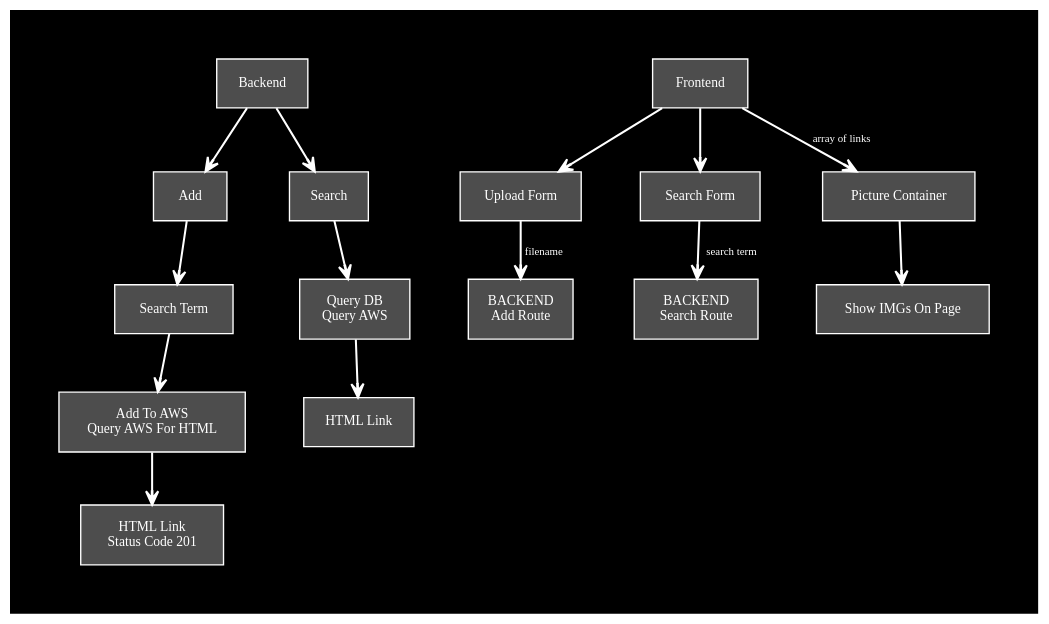
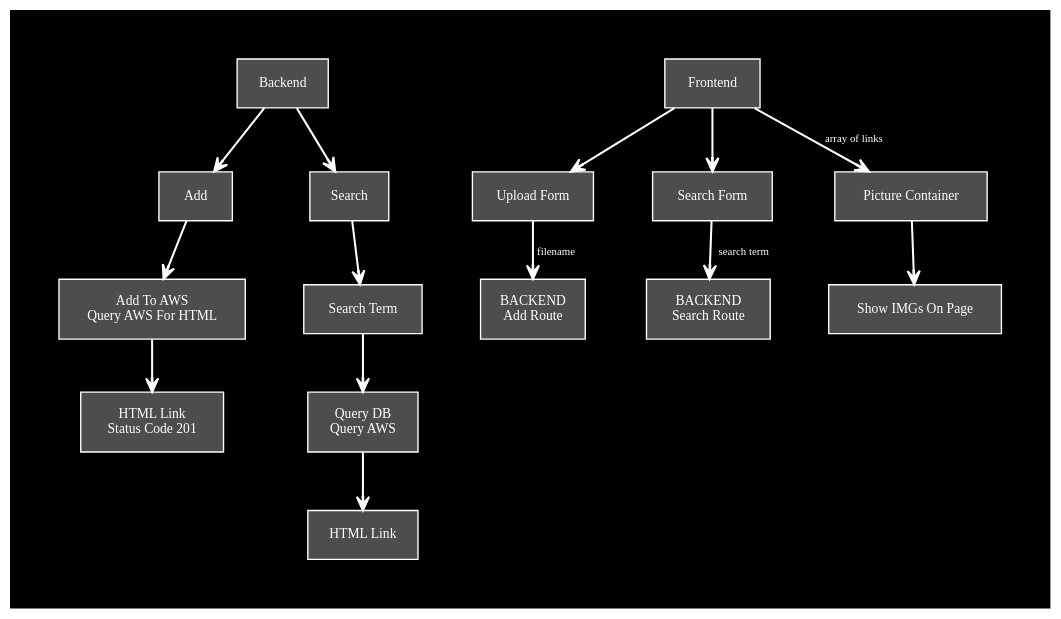
Before and after one commit to thwilson3/pix.ly: the diagram in diagram.dot, drawn with Graphviz.

Commit message:
fixed diagram

```diff
--- a/diagram.dot
+++ b/diagram.dot
@@ -1,44 +1,44 @@
 digraph Pixly {
 
   // Light Mode
 //   graph [pad="0.5", ranksep="0.4 equally", nodesep="0.6", fontsize="10pt"];
 //   node [fontsize="10pt", shape="rectangle", margin="0.15"];
 //   edge [fontsize="8pt", penwidth="1.5", arrowhead="vee"];
 
   // Dark Mode
   graph [pad="0.5", ranksep="0.4 equally", nodesep="0.6", fontsize="10pt", bgcolor="black"];
   node [fontsize="10pt", shape="rectangle", margin="0.15", fontcolor="white", color="white", fillcolor="gray30", style="filled"];
   edge [fontsize="8pt", penwidth="1.5", arrowhead="vee", color="white", fontcolor="white"];
 
   // Nodes & Edges
 
 //   App [label="App\n\nState:\nisLoading\nsnacks\ndrinks"]
 
   Backend -> Add
-  Add -> "Search Term"
-  "Search Term" -> "Add To AWS\nQuery AWS For HTML"
+  Add -> "Add To AWS\nQuery AWS For HTML"
   "Add To AWS\nQuery AWS For HTML" -> "HTML Link\nStatus Code 201"
 
   Backend -> Search
-  Search -> "Query DB\nQuery AWS"
+  Search -> "Search Term"
+  "Search Term" -> "Query DB\nQuery AWS"
   "Query DB\nQuery AWS" -> "HTML Link"
 
   Frontend -> "Upload Form"
   Frontend -> "Search Form"
   "Upload Form" -> "BACKEND\nAdd Route" [label="filename"]
   "Search Form" -> "BACKEND\nSearch Route" [label="search term"]
   Frontend -> "Picture Container" [label="array of links"]
   "Picture Container" -> "Show IMGs On Page"
 }
 
 # onSubmit:
 #     filename = input.filename
 #     obj_name = uuid4()
 #     Pictures.add(...metadata, obj_name)
 #     s3.upload_file(filename, bucketname, obj_name)
 
 # onSearch:
 #     term = input.term
 #     picture_record = Pictures.query.all(where id = id)
 #     html_link = s3.PresignedUrl(picture_record.obj_name, exp=3600)
 #     return html_link
```
